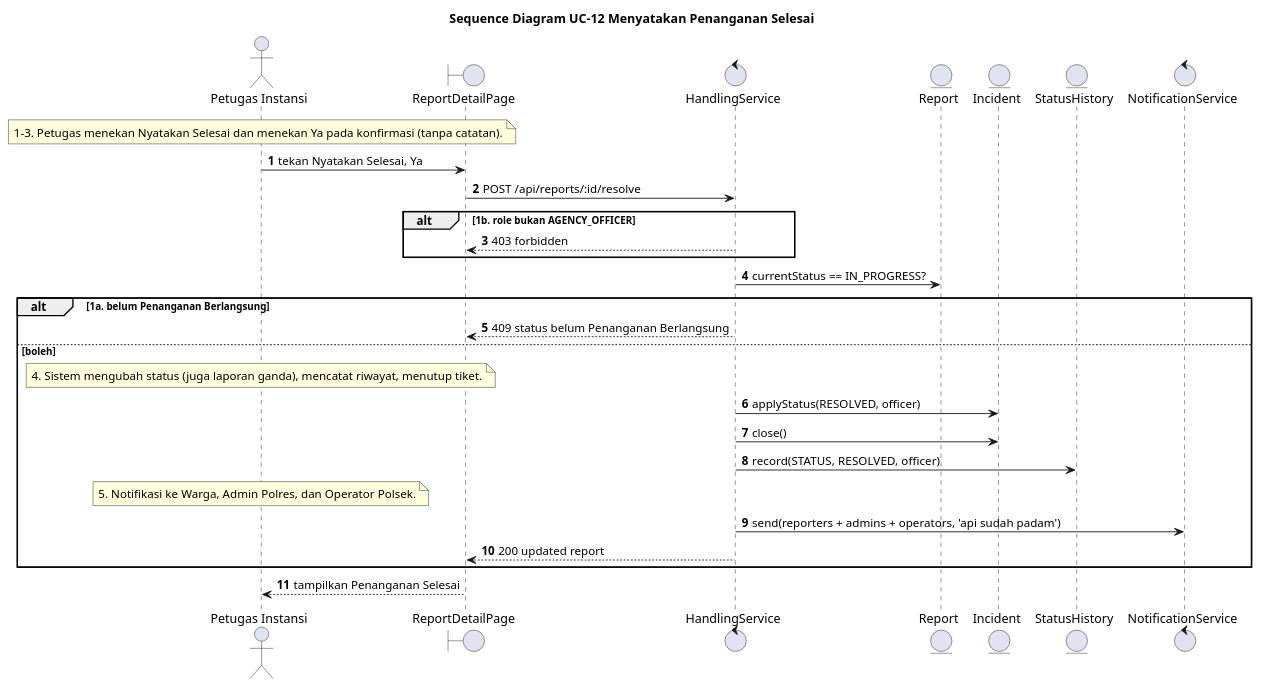
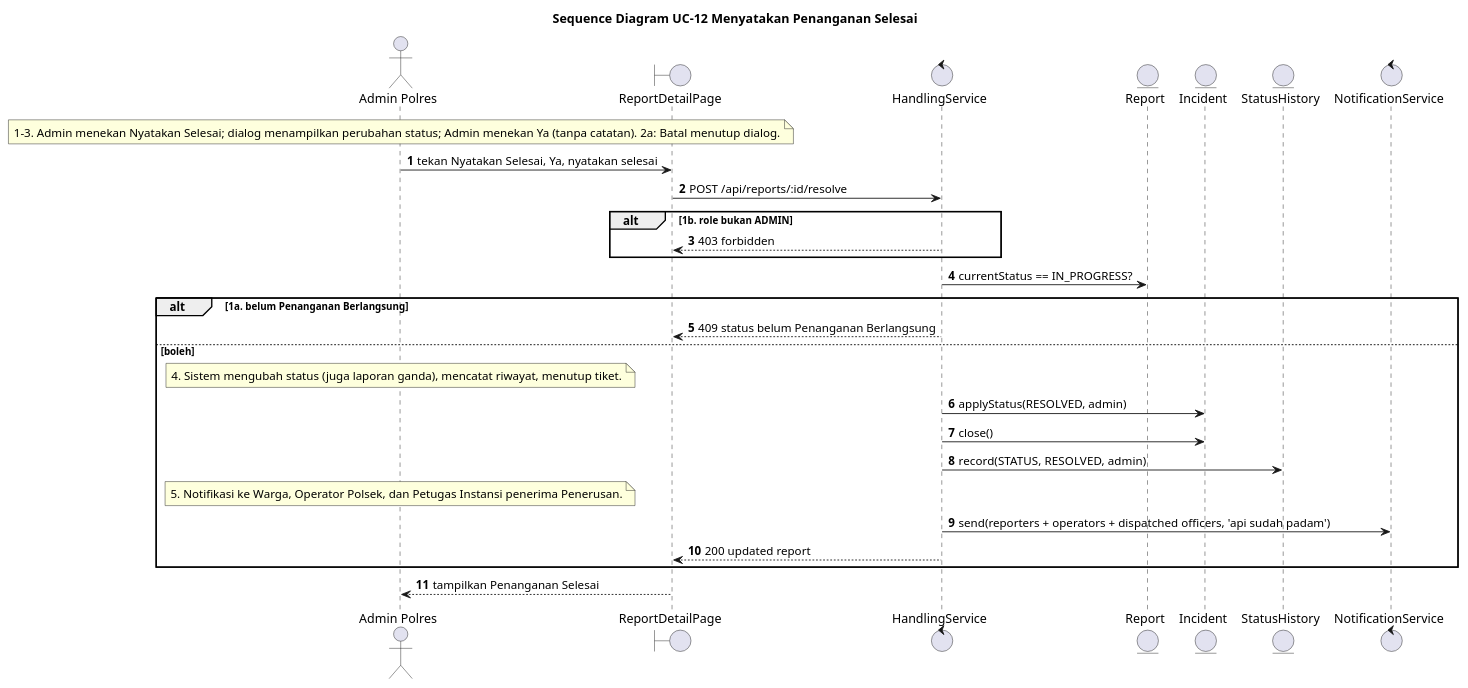
One commit to wirapatigilang/laporapi-api-web changed the diagram in specs/011-uc12-resolve/iconix/uc12-sequence.puml. Above: the diagram before and after it, drawn with PlantUML. The commit also changed 11 other files, not shown here.

First line of the commit message:
Perbarui diagram robustness dan sequence UC-08 dan UC-12 sesuai masukan dosen

```diff
--- a/specs/011-uc12-resolve/iconix/uc12-sequence.puml
+++ b/specs/011-uc12-resolve/iconix/uc12-sequence.puml
@@ -1,30 +1,30 @@
 @startuml
 title Sequence Diagram UC-12 Menyatakan Penanganan Selesai
 autonumber
-actor "Petugas Instansi" as pet
+actor "Admin Polres" as pet
 boundary "ReportDetailPage" as det
 control "HandlingService" as tgn
 entity "Report" as lpr
 entity "Incident" as kjd
 entity "StatusHistory" as rws
 control "NotificationService" as ntf
-note over pet : 1–3. Petugas menekan Nyatakan Selesai dan menekan Ya pada konfirmasi (tanpa catatan).
-pet -> det : tekan Nyatakan Selesai, Ya
+note over pet : 1–3. Admin menekan Nyatakan Selesai; dialog menampilkan perubahan status; Admin menekan Ya (tanpa catatan). 2a: Batal menutup dialog.
+pet -> det : tekan Nyatakan Selesai, Ya, nyatakan selesai
 det -> tgn : POST /api/reports/:id/resolve
-alt 1b. role bukan AGENCY_OFFICER
+alt 1b. role bukan ADMIN
 tgn --> det : 403 forbidden
 end
 tgn -> lpr : currentStatus == IN_PROGRESS?
 alt 1a. belum Penanganan Berlangsung
 tgn --> det : 409 status belum Penanganan Berlangsung
 else boleh
 note over pet : 4. Sistem mengubah status (juga laporan ganda), mencatat riwayat, menutup tiket.
-tgn -> kjd : applyStatus(RESOLVED, officer)
+tgn -> kjd : applyStatus(RESOLVED, admin)
 tgn -> kjd : close()
-tgn -> rws : record(STATUS, RESOLVED, officer)
-note over pet : 5. Notifikasi ke Warga, Admin Polres, dan Operator Polsek.
-tgn -> ntf : send(reporters + admins + operators, 'api sudah padam')
+tgn -> rws : record(STATUS, RESOLVED, admin)
+note over pet : 5. Notifikasi ke Warga, Operator Polsek, dan Petugas Instansi penerima Penerusan.
+tgn -> ntf : send(reporters + operators + dispatched officers, 'api sudah padam')
 tgn --> det : 200 updated report
 end
 det --> pet : tampilkan Penanganan Selesai
 @enduml
```
